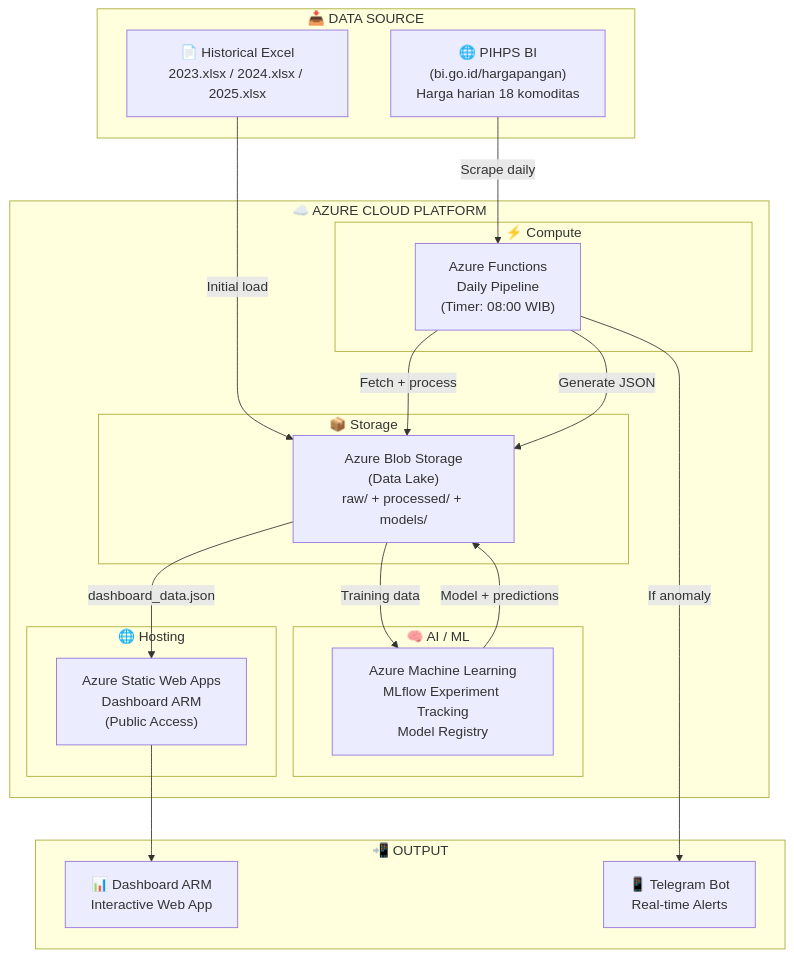
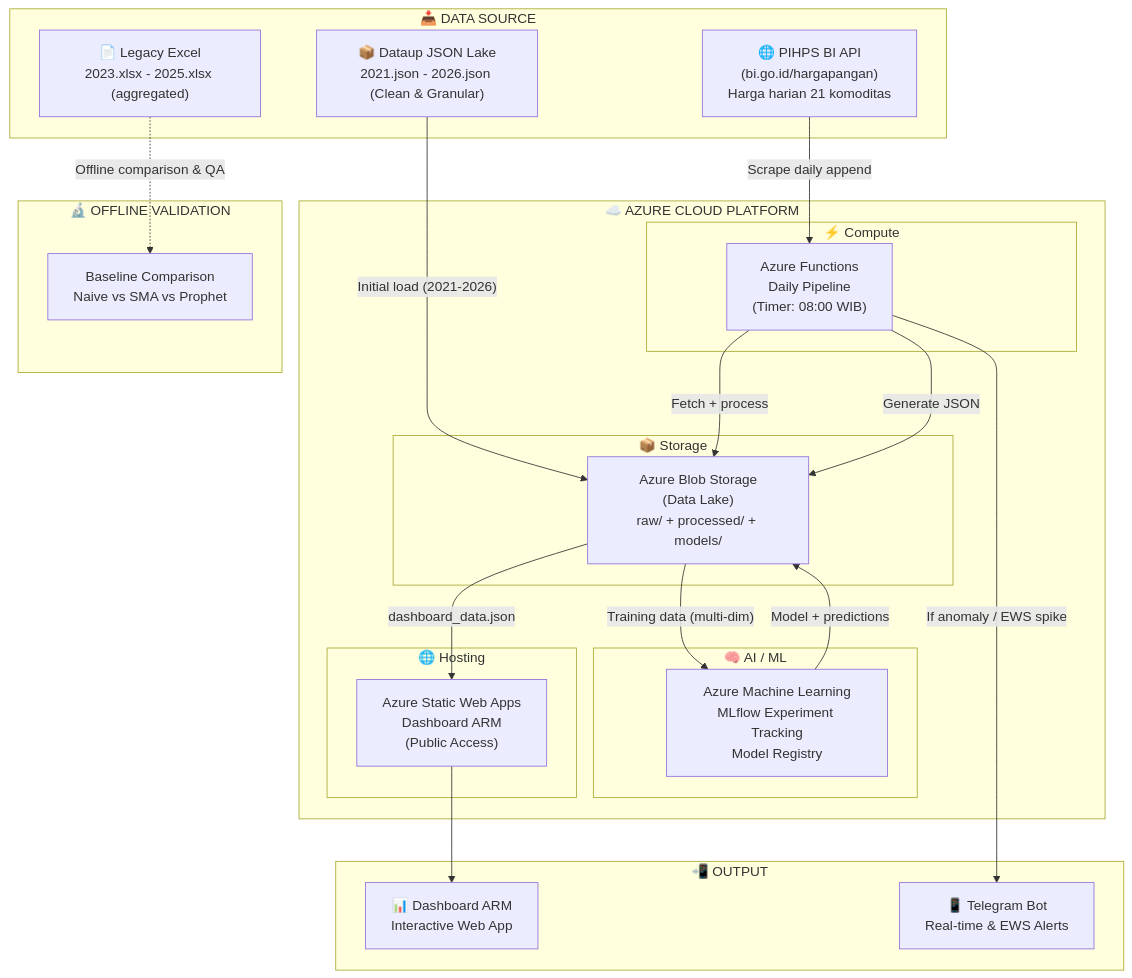
One commit to aceh-resilience-monitor/Aceh-Resilience-Monitor changed the first of 8 diagrams in docs/strategy/05_arm_workflow_dataflow.md. Above: the diagram before and after it, drawn with Mermaid. The commit also changed other lines of this file and 11 other files, not shown here.

Commit message:
docs: add system design, architecture blueprints, EDA interpretation, and implementation guides

````diff
--- a/docs/strategy/05_arm_workflow_dataflow.md
+++ b/docs/strategy/05_arm_workflow_dataflow.md
@@ -9,37 +9,43 @@
 ```mermaid
 graph TB
     subgraph "📥 DATA SOURCE"
-        A["🌐 PIHPS BI\n(bi.go.id/hargapangan)\nHarga harian 18 komoditas"]
-        B["📄 Historical Excel\n2023.xlsx / 2024.xlsx / 2025.xlsx"]
+        A["🌐 PIHPS BI API\n(bi.go.id/hargapangan)\nHarga harian 21 komoditas"]
+        B["📦 Dataup JSON Lake\n2021.json - 2026.json (Clean & Granular)"]
+        B_Legacy["📄 Legacy Excel\n2023.xlsx - 2025.xlsx (aggregated)"]
     end
 
     subgraph "☁️ AZURE CLOUD PLATFORM"
         subgraph "⚡ Compute"
             C["Azure Functions\nDaily Pipeline\n(Timer: 08:00 WIB)"]
         end
         subgraph "🧠 AI / ML"
             D["Azure Machine Learning\nMLflow Experiment Tracking\nModel Registry"]
         end
         subgraph "📦 Storage"
             E["Azure Blob Storage\n(Data Lake)\nraw/ + processed/ + models/"]
         end
         subgraph "🌐 Hosting"
             F["Azure Static Web Apps\nDashboard ARM\n(Public Access)"]
         end
     end
 
     subgraph "📲 OUTPUT"
         G["📊 Dashboard ARM\nInteractive Web App"]
-        H["📱 Telegram Bot\nReal-time Alerts"]
+        H["📱 Telegram Bot\nReal-time & EWS Alerts"]
     end
 
-    A -->|"Scrape daily"| C
-    B -->|"Initial load"| E
+    subgraph "🔬 OFFLINE VALIDATION"
+        Val["Baseline Comparison\nNaive vs SMA vs Prophet"]
+    end
+
+    A -->|"Scrape daily append"| C
+    B -->|"Initial load (2021-2026)"| E
+    B_Legacy -.->|"Offline comparison & QA"| Val
     C -->|"Fetch + process"| E
-    E -->|"Training data"| D
+    E -->|"Training data (multi-dim)"| D
     D -->|"Model + predictions"| E
     C -->|"Generate JSON"| E
     E -->|"dashboard_data.json"| F
     F --> G
-    C -->|"If anomaly"| H
+    C -->|"If anomaly / EWS spike"| H
 ```
````
